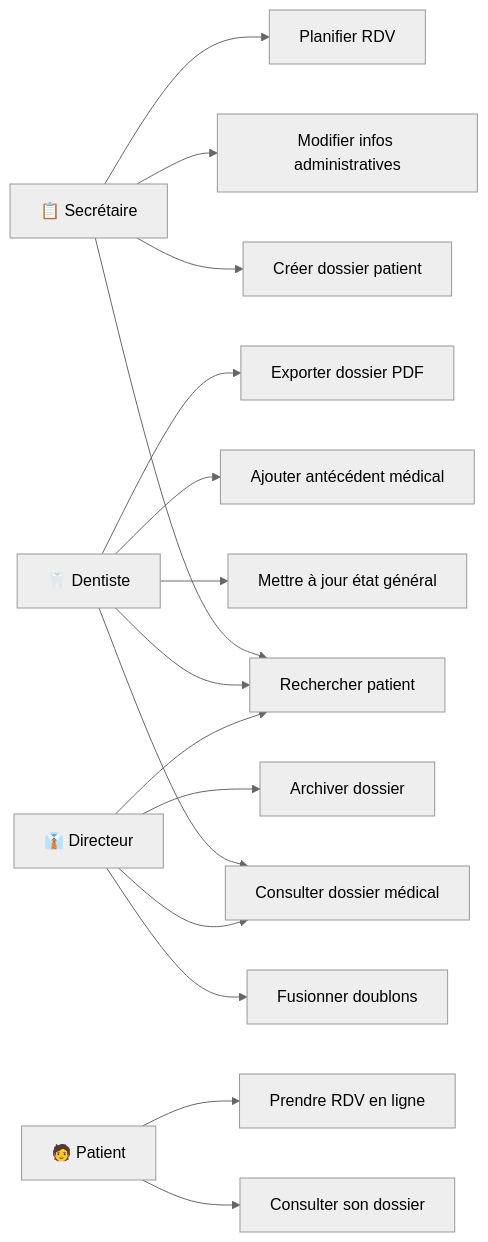
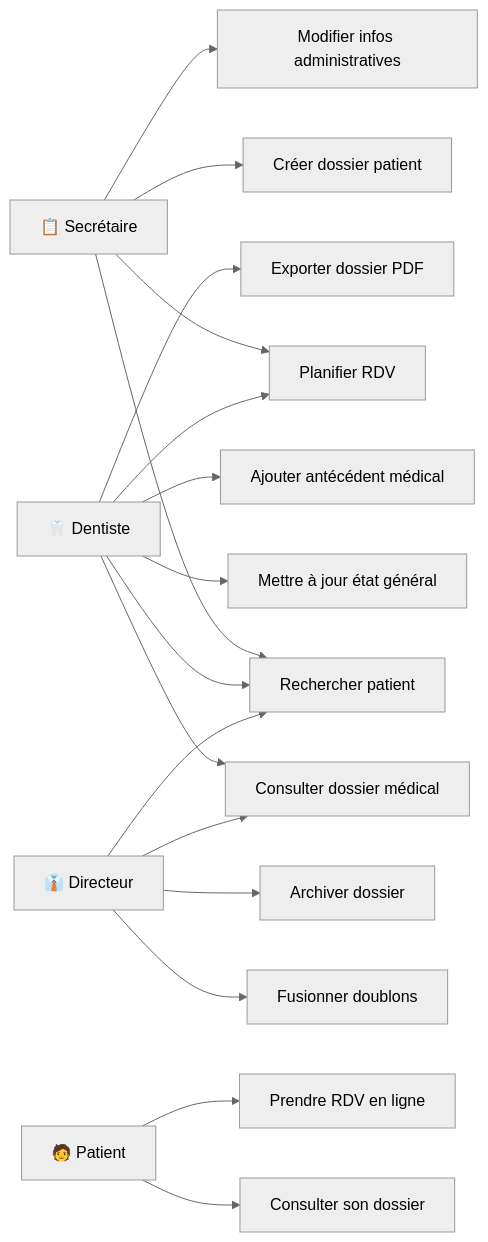
Before and after one commit to DonArhouna/SysDent: the second of 16 diagrams in Analyse/docs/strategie_developpement.md, drawn with Mermaid (neutral theme). The commit also changed 6 other files, not shown here.

Commit message:
Add Multi-tenant Architecture documentation (Sage X3 Multi-DB logic)

````diff
--- a/Analyse/docs/strategie_developpement.md
+++ b/Analyse/docs/strategie_developpement.md
@@ -42,18 +42,19 @@
 ```mermaid
 graph LR
     SE["📋 Secrétaire"] --> UC1["Créer dossier patient"]
     SE --> UC2["Rechercher patient"]
     SE --> UC3["Modifier infos administratives"]
     SE --> UC4["Planifier RDV"]
     DE["🦷 Dentiste"] --> UC2
+    DE --> UC4
     DE --> UC5["Consulter dossier médical"]
     DE --> UC6["Mettre à jour état général"]
     DE --> UC7["Ajouter antécédent médical"]
     DE --> UC8["Exporter dossier PDF"]
     PA["🧑 Patient"] --> UC9["Consulter son dossier"]
     PA --> UC10["Prendre RDV en ligne"]
     DM["👔 Directeur"] --> UC2
     DM --> UC5
     DM --> UC11["Fusionner doublons"]
     DM --> UC12["Archiver dossier"]
 ```
````
